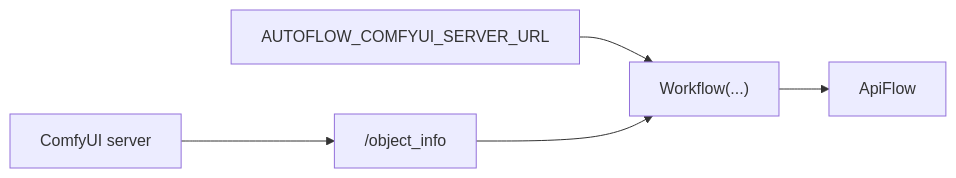
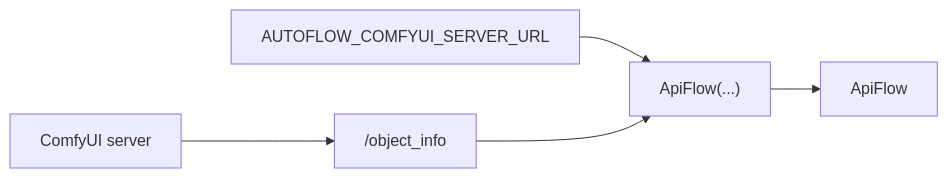
The fourth of 6 diagrams in README.md (chrisdreid/comfyui-autograph), drawn with Mermaid before and after one commit. The commit also changed other lines of this file and 7 other files, not shown here.

````diff
--- a/README.md
+++ b/README.md
@@ -131,7 +131,7 @@
 ```mermaid
 flowchart LR
-  env["AUTOFLOW_COMFYUI_SERVER_URL"] --> wf["Workflow(...)"]
+  env["AUTOFLOW_COMFYUI_SERVER_URL"] --> wf["ApiFlow(...)"]
   wf --> apiFlow["ApiFlow"]
   comfy["ComfyUI server"] --> obj["/object_info"]
   obj --> wf
 ```
````
